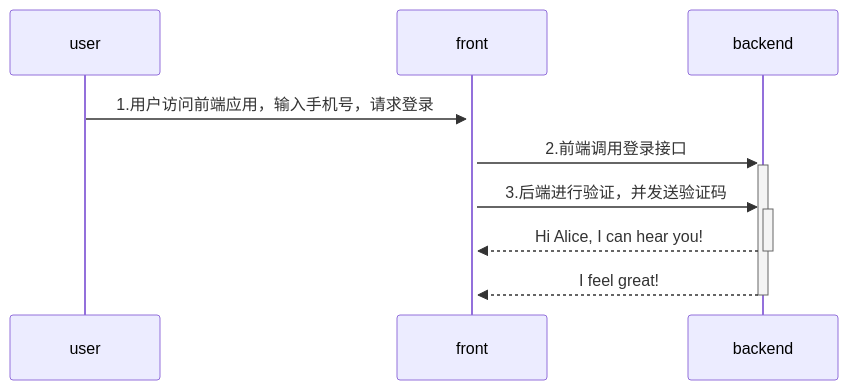
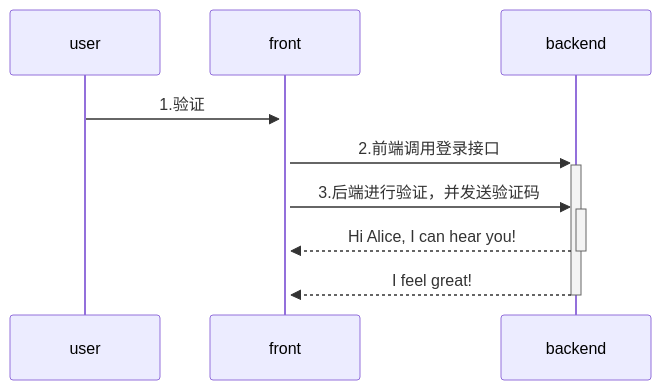
The diagram in all/未命名-4.md (yingjianzh/iodraw-files), drawn with Mermaid before and after one commit.

Commit message:
2024-08-02 17:39:00 update

````diff
--- a/all/未命名-4.md
+++ b/all/未命名-4.md
@@ -1,9 +1,9 @@
 ```mermaid
 sequenceDiagram
-    user->>+front: 1.用户访问前端应用，输入手机号，请求登录
+    user->>+front: 1.验证
     front->>+backend: 2.前端调用登录接口
     front->>+backend: 3.后端进行验证，并发送验证码
     backend-->>-front: Hi Alice, I can hear you!
     backend-->>-front: I feel great!
             
 ```
````
